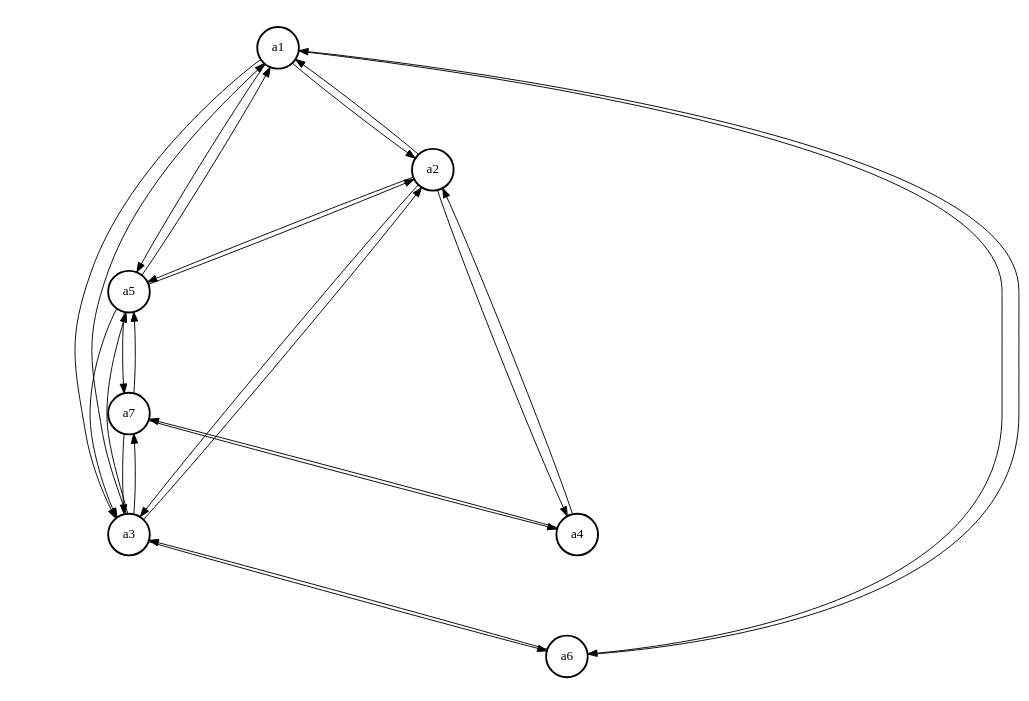
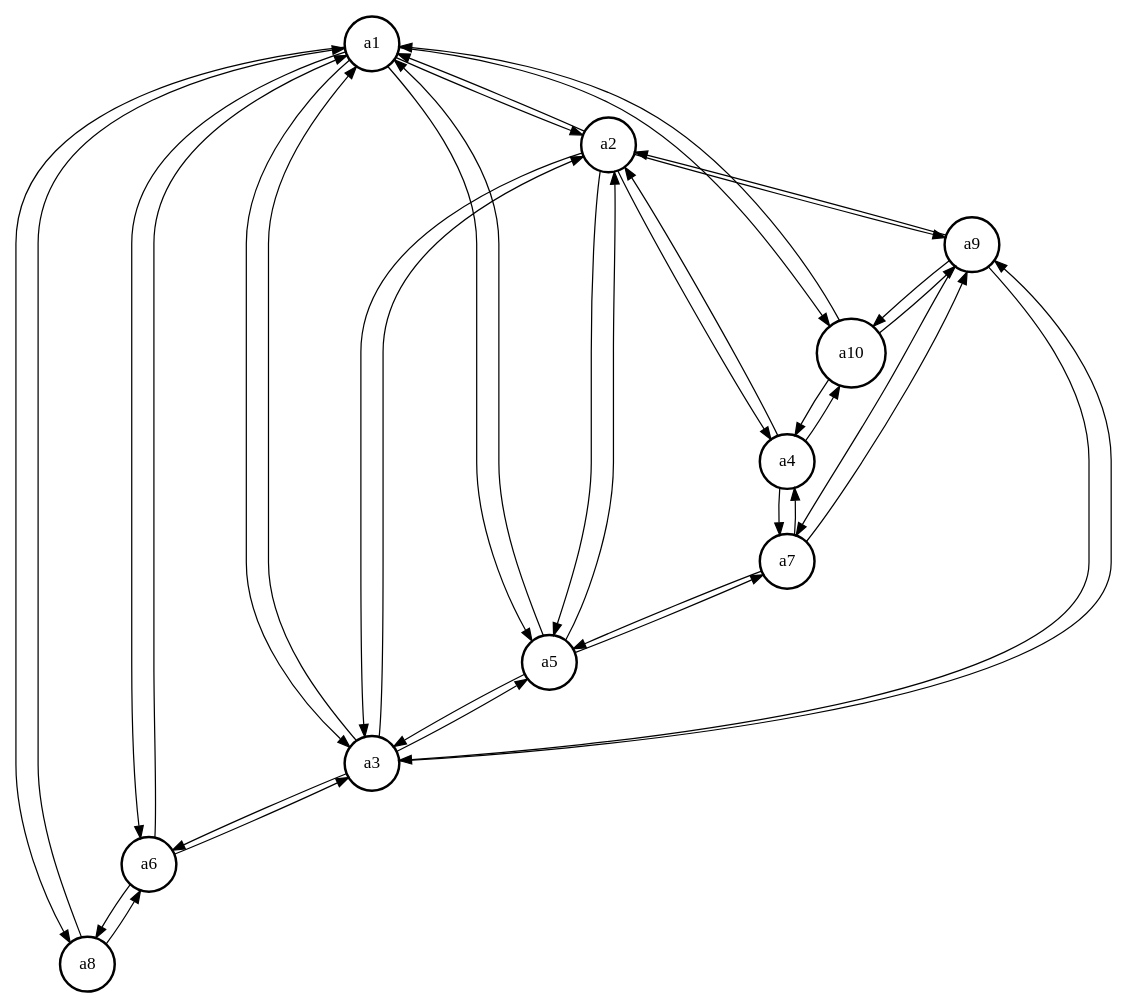
Before and after one commit to jonhoo/simio: the diagram in examples/graphs/arbitrary.gv, drawn with Graphviz. The commit also changed 1 other file, not shown here.

Commit message:
Give graphs more air

```diff
--- a/examples/graphs/arbitrary.gv
+++ b/examples/graphs/arbitrary.gv
@@ -1,44 +1,64 @@
 digraph {
-  size="10,10!";
+  size="11,11!";
   ratio="fill";
   node [shape=circle penwidth=2];
   edge [fontsize=12];
   a1;
   a2;
   a3;
   a4;
   a5;
   a6;
   a7;
+  a8;
+  a9;
+  a10;
 
   a1 -> a2
   a1 -> a3
   a1 -> a5
   a1 -> a6
+  a1 -> a8
+  a1 -> a10
 
   a2 -> a1
   a2 -> a3
   a2 -> a4
   a2 -> a5
+  a2 -> a9
 
   a3 -> a1
   a3 -> a2
   a3 -> a5
   a3 -> a6
-  a3 -> a7
+  a3 -> a9
 
   a4 -> a2
   a4 -> a7
+  a4 -> a10
 
   a5 -> a1
   a5 -> a2
   a5 -> a3
   a5 -> a7
 
   a6 -> a1
   a6 -> a3
+  a6 -> a8
 
-  a7 -> a3
   a7 -> a4
   a7 -> a5
+  a7 -> a9
+
+  a8 -> a1
+  a8 -> a6
+
+  a9 -> a2
+  a9 -> a3
+  a9 -> a7
+  a9 -> a10
+
+  a10 -> a1
+  a10 -> a4
+  a10 -> a9
 }
```
